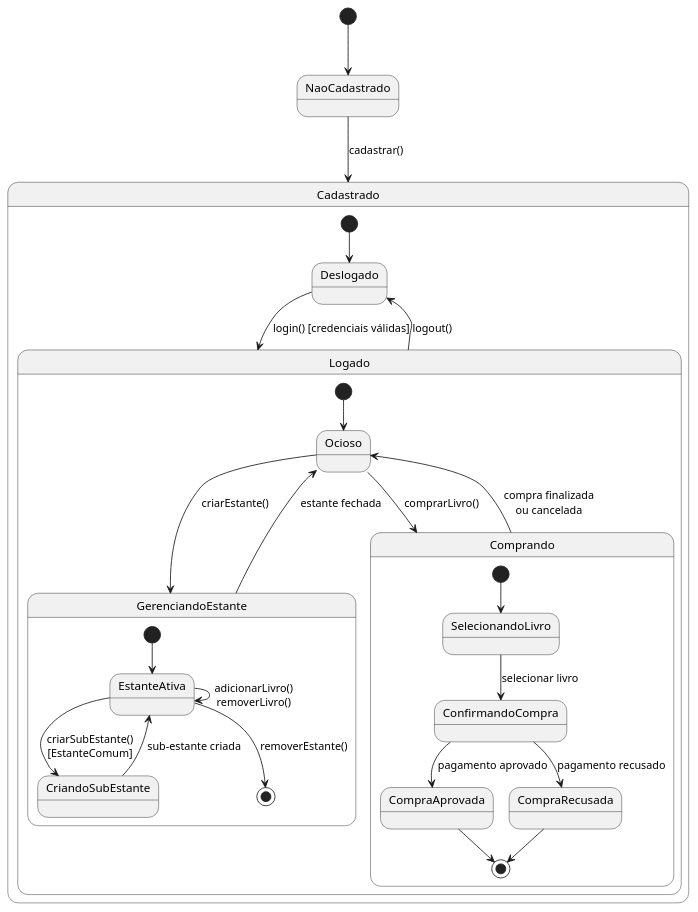
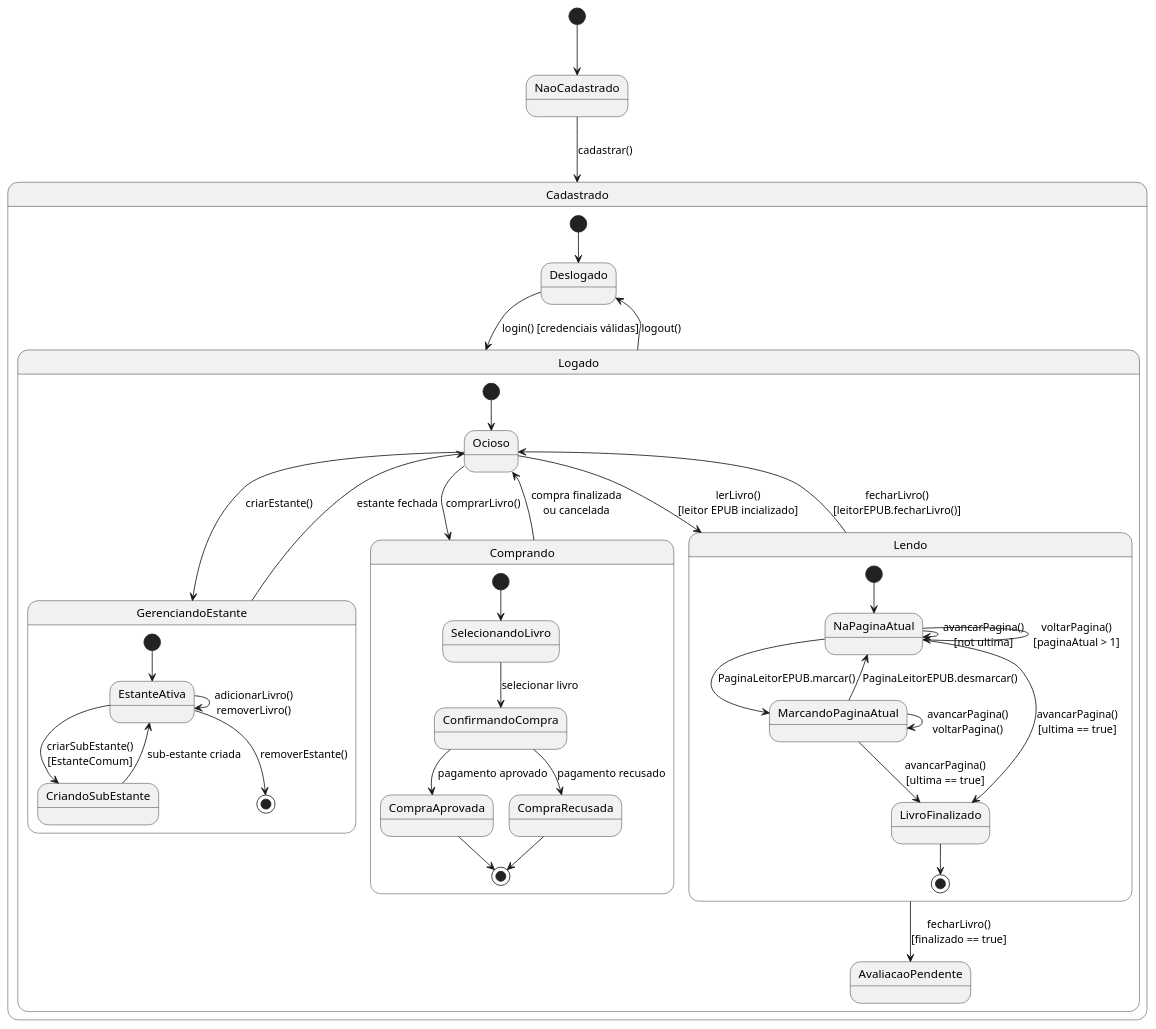
The diagram in docs/codigo-plantuml/diagramas-estados/dte-leitor.puml (jalv21/iLib), drawn with PlantUML before and after one commit.

Commit message:
docs/criando ciclo de leitura de livros

```diff
--- a/docs/codigo-plantuml/diagramas-estados/dte-leitor.puml
+++ b/docs/codigo-plantuml/diagramas-estados/dte-leitor.puml
@@ -1,46 +1,65 @@
 @startuml dte-leitor
 skinparam style strictuml
 
 [*] --> NaoCadastrado
 
 state NaoCadastrado {
 }
 
 NaoCadastrado --> Cadastrado : cadastrar()
 
 state Cadastrado {
     [*] --> Deslogado
     Deslogado --> Logado : login() [credenciais válidas]
     Logado --> Deslogado : logout()
 }
 
 state Logado {
     [*] --> Ocioso
 
     Ocioso --> GerenciandoEstante : criarEstante()
 
     state GerenciandoEstante {
         [*] --> EstanteAtiva
 
         EstanteAtiva --> EstanteAtiva : adicionarLivro()\nremoverLivro()
         EstanteAtiva --> CriandoSubEstante : criarSubEstante()\n[EstanteComum]
         CriandoSubEstante --> EstanteAtiva : sub-estante criada
 
         EstanteAtiva --> [*] : removerEstante()
     }
 
     GerenciandoEstante --> Ocioso : estante fechada
 
     Ocioso --> Comprando : comprarLivro()
 
     state Comprando {
         [*] --> SelecionandoLivro
         SelecionandoLivro --> ConfirmandoCompra : selecionar livro
         ConfirmandoCompra --> CompraAprovada : pagamento aprovado
         ConfirmandoCompra --> CompraRecusada : pagamento recusado
         CompraAprovada --> [*]
         CompraRecusada --> [*]
     }
     Comprando --> Ocioso : compra finalizada\nou cancelada
+
+    Ocioso --> Lendo : lerLivro()\n[leitor EPUB incializado]
+
+    state Lendo {
+        [*] --> NaPaginaAtual
+        NaPaginaAtual --> NaPaginaAtual : avancarPagina()\n[not ultima]
+        NaPaginaAtual --> NaPaginaAtual : voltarPagina()\n[paginaAtual > 1]
+        NaPaginaAtual --> MarcandoPaginaAtual : PaginaLeitorEPUB.marcar()
+        MarcandoPaginaAtual --> NaPaginaAtual : PaginaLeitorEPUB.desmarcar()
+        MarcandoPaginaAtual --> MarcandoPaginaAtual : avancarPagina()\nvoltarPagina()
+
+        NaPaginaAtual --> LivroFinalizado : avancarPagina()\n[ultima == true]
+        MarcandoPaginaAtual --> LivroFinalizado : avancarPagina()\n[ultima == true]
+
+        LivroFinalizado --> [*]
+    }
+    
+    Lendo --> Ocioso : fecharLivro()\n[leitorEPUB.fecharLivro()]
+    Lendo --> AvaliacaoPendente : fecharLivro()\n[finalizado == true]
 }
 @enduml
```
